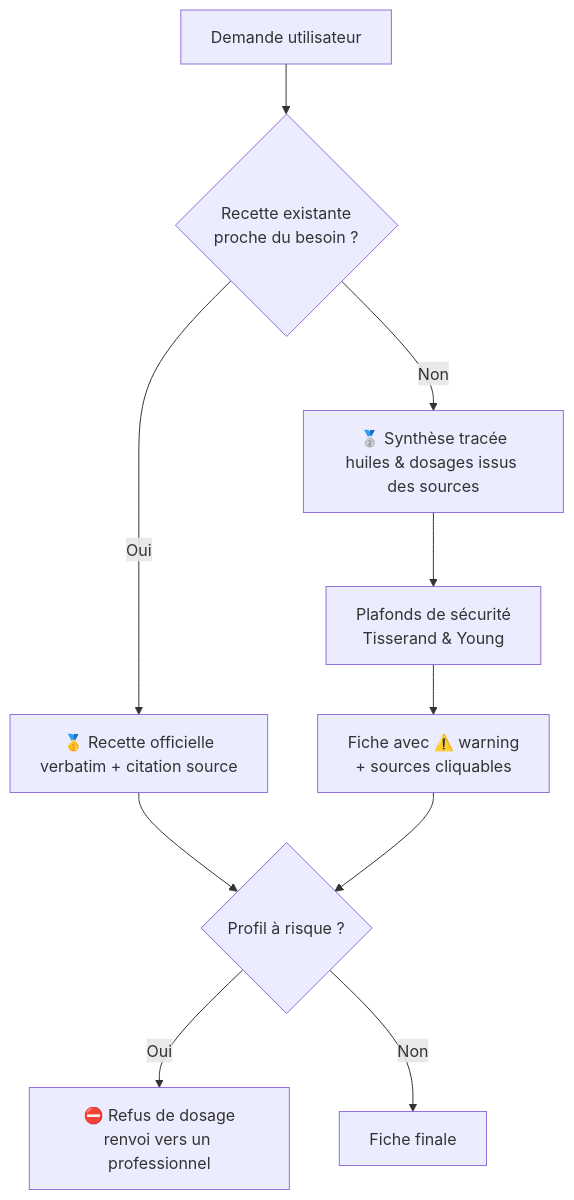
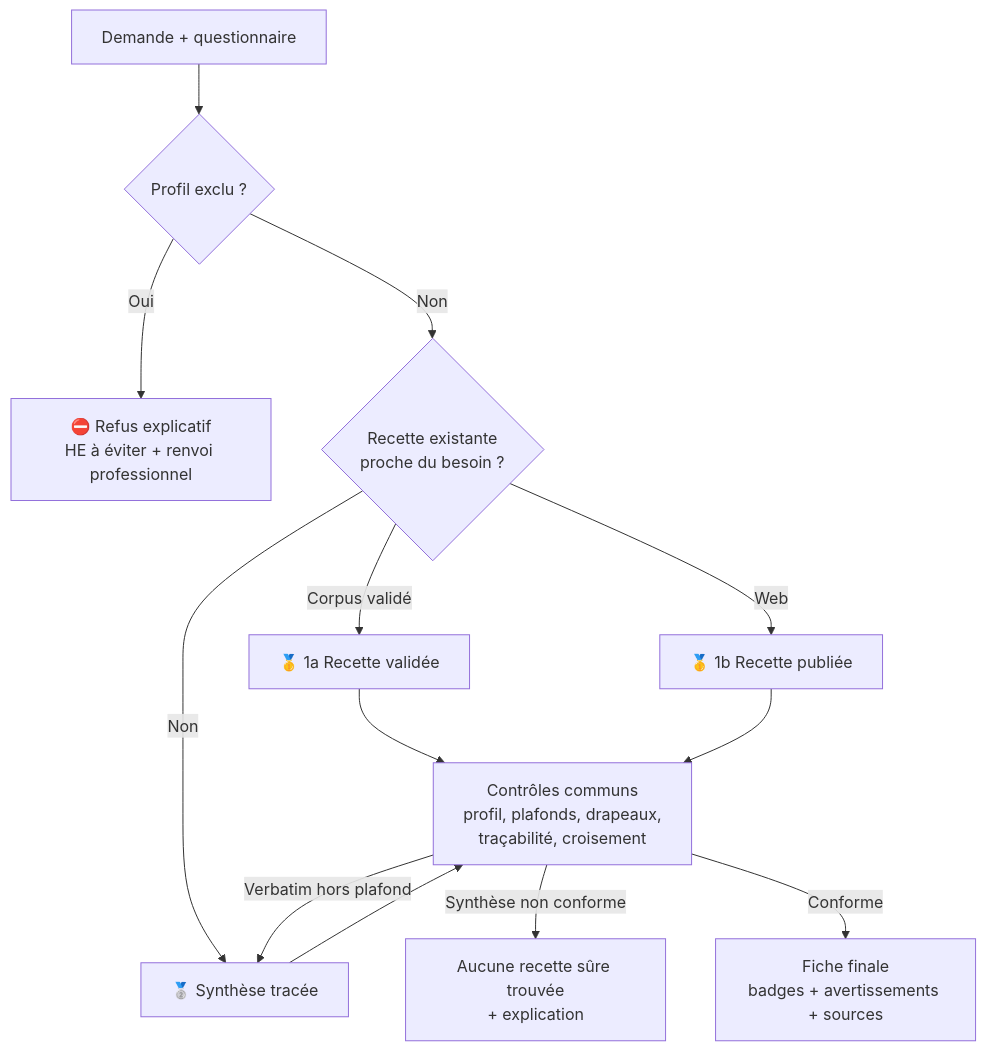
One commit to MrLouix/Agent_HE changed the second of 2 diagrams in docs/specification.md. Above: the diagram before and after it, drawn with Mermaid. The commit also changed other lines of this file and 2 other files, not shown here.

````diff
--- a/docs/specification.md
+++ b/docs/specification.md
@@ -114,12 +202,15 @@
 ```mermaid
 flowchart TD
-    A[Demande utilisateur] --> B{Recette existante<br/>proche du besoin ?}
-    B -- Oui --> C[🥇 Recette officielle<br/>verbatim + citation source]
-    B -- Non --> D[🥈 Synthèse tracée<br/>huiles & dosages issus des sources]
-    D --> E[Plafonds de sécurité<br/>Tisserand & Young]
-    E --> F[Fiche avec ⚠️ warning<br/>+ sources cliquables]
-    C --> G{Profil à risque ?}
-    F --> G
-    G -- Oui --> H[⛔ Refus de dosage<br/>renvoi vers un professionnel]
-    G -- Non --> I[Fiche finale]
+    A[Demande + questionnaire] --> S{Profil exclu ?}
+    S -- Oui --> R[⛔ Refus explicatif<br/>HE à éviter + renvoi professionnel]
+    S -- Non --> B{Recette existante<br/>proche du besoin ?}
+    B -- Corpus validé --> C1[🥇 1a Recette validée]
+    B -- Web --> C2[🥇 1b Recette publiée]
+    B -- Non --> D[🥈 Synthèse tracée]
+    C1 --> V[Contrôles communs<br/>profil, plafonds, drapeaux,<br/>traçabilité, croisement]
+    C2 --> V
+    D --> V
+    V -- Verbatim hors plafond --> D
+    V -- Synthèse non conforme --> N[Aucune recette sûre trouvée<br/>+ explication]
+    V -- Conforme --> F[Fiche finale<br/>badges + avertissements + sources]
 ```
````
